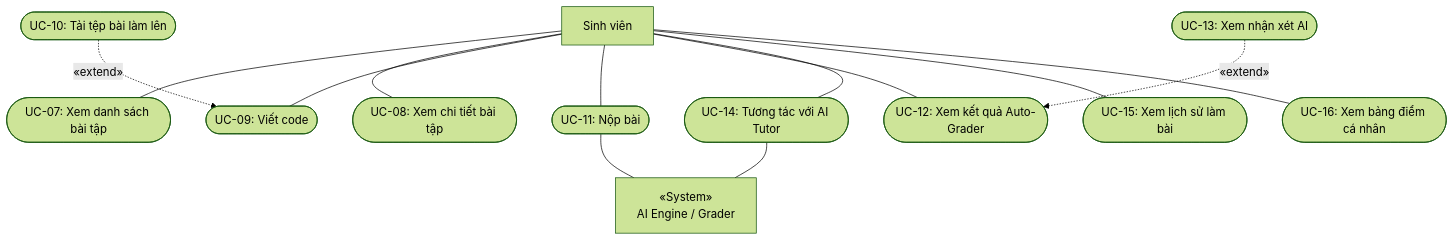
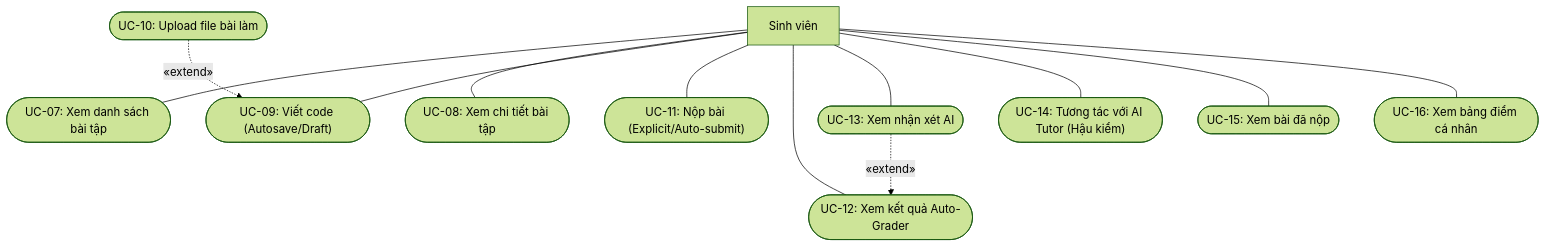
One commit to minhthuy70/ai-coding-tutor changed the third of 7 diagrams in docs/USE_CASE_DIAGRAMS.md. Above: the diagram before and after it, drawn with Mermaid (forest theme). The commit also changed other lines of this file and 6 other files, not shown here.

````diff
--- a/docs/USE_CASE_DIAGRAMS.md
+++ b/docs/USE_CASE_DIAGRAMS.md
@@ -61,35 +61,32 @@
 ```mermaid
 flowchart TB
     %% Actors
-    Student["Sinh viên"]
-    AIEngine["«System»\nAI Engine / Grader"]
+    SinhVien["Sinh viên"]
 
     %% Use Cases
     UC07(["UC-07: Xem danh sách bài tập"])
     UC08(["UC-08: Xem chi tiết bài tập"])
-    UC09(["UC-09: Viết code"])
-    UC10(["UC-10: Tải tệp bài làm lên"])
-    UC11(["UC-11: Nộp bài"])
+    UC09(["UC-09: Viết code (Autosave/Draft)"])
+    UC10(["UC-10: Upload file bài làm"])
+    UC11(["UC-11: Nộp bài (Explicit/Auto-submit)"])
     UC12(["UC-12: Xem kết quả Auto-Grader"])
     UC13(["UC-13: Xem nhận xét AI"])
-    UC14(["UC-14: Tương tác với AI Tutor"])
-    UC15(["UC-15: Xem lịch sử làm bài"])
+    UC14(["UC-14: Tương tác với AI Tutor (Hậu kiểm)"])
+    UC15(["UC-15: Xem bài đã nộp"])
     UC16(["UC-16: Xem bảng điểm cá nhân"])
 
     %% Associations
-    Student --- UC07
-    Student --- UC08
-    Student --- UC09
-    Student --- UC11
-    Student --- UC12
-    Student --- UC14
-    Student --- UC15
-    Student --- UC16
-
-    UC11 --- AIEngine
-    UC14 --- AIEngine
+    SinhVien --- UC07
+    SinhVien --- UC08
+    SinhVien --- UC09
+    SinhVien --- UC11
+    SinhVien --- UC12
+    SinhVien --- UC13
+    SinhVien --- UC14
+    SinhVien --- UC15
+    SinhVien --- UC16
 
     %% Relationships
     UC10 -. "«extend»" .-> UC09
     UC13 -. "«extend»" .-> UC12
 ```
````
